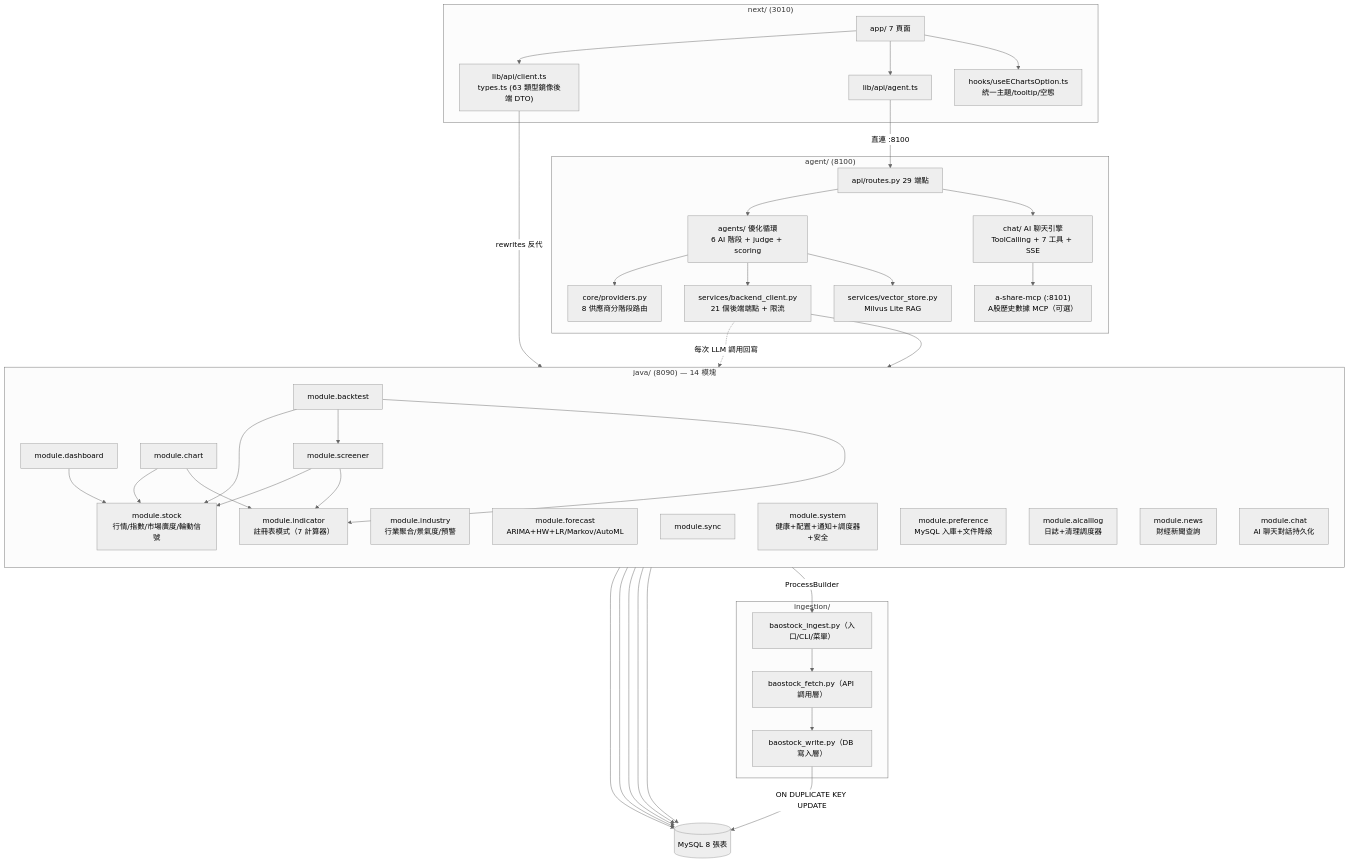
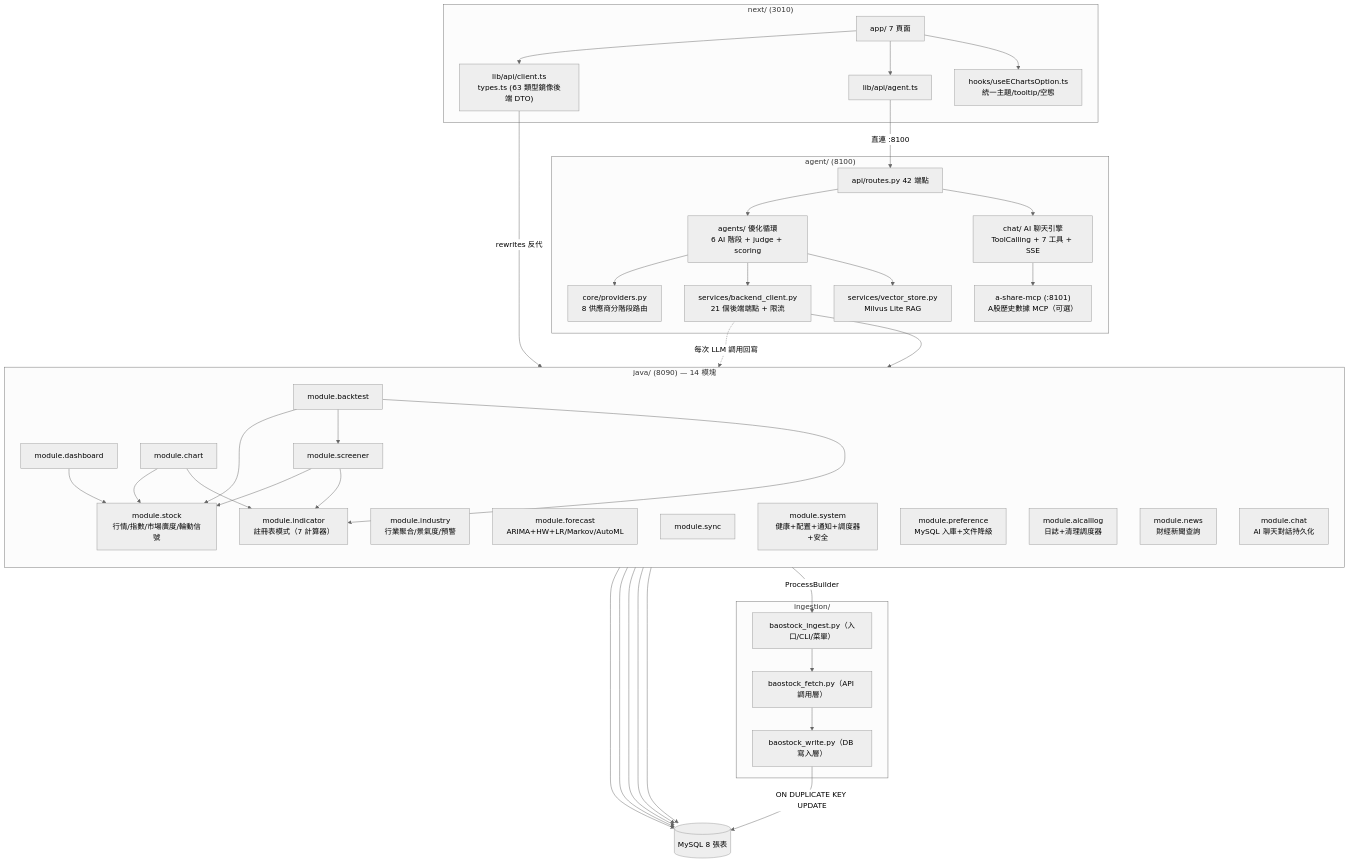
Before and after one commit to JackLiKa/TradingWorkstation: the second of 8 diagrams in docs/architecture.md, drawn with Mermaid (neutral theme). The commit also changed other lines of this file and 65 other files, not shown here.

````diff
--- a/docs/architecture.md
+++ b/docs/architecture.md
@@ -115,52 +115,52 @@
 ```mermaid
 flowchart TD
     subgraph NEXT["next/ (3010)"]
         pages["app/ 7 頁面"] --> apiclient["lib/api/client.ts<br/>types.ts (63 類型鏡像後端 DTO)"]
         pages --> agentapi["lib/api/agent.ts"]
         pages --> echarts["hooks/useEChartsOption.ts<br/>統一主題/tooltip/空態"]
     end
 
     subgraph JAVA["java/ (8090) — 14 模塊"]
         direction TB
         stock["module.stock<br/>行情/指數/市場廣度/輪動信號"]
         industry["module.industry<br/>行業聚合/景氣度/預警"]
         forecast["module.forecast<br/>ARIMA+HW+LR/Markov/AutoML"]
         indicator["module.indicator<br/>註冊表模式（7 計算器）"]
         dashboard["module.dashboard"] --> stock
         chart["module.chart"] --> stock & indicator
         screener["module.screener"] --> stock & indicator
         backtest["module.backtest"] --> stock & screener & indicator
         sync["module.sync"]
         system["module.system<br/>健康+配置+通知+調度器+安全"]
         pref["module.preference<br/>MySQL 入庫+文件降級"]
         ailog["module.aicalllog<br/>日誌+清理調度器"]
         news["module.news<br/>財經新聞查詢"]
         chat["module.chat<br/>AI 聊天對話持久化"]
     end
 
     subgraph AGENT["agent/ (8100)"]
-        routes["api/routes.py 29 端點"] --> loop["agents/ 優化循環<br/>6 AI 階段 + judge + scoring"]
+        routes["api/routes.py 42 端點"] --> loop["agents/ 優化循環<br/>6 AI 階段 + judge + scoring"]
         routes --> chatengine["chat/ AI 聊天引擎<br/>ToolCalling + 7 工具 + SSE"]
         loop --> providers["core/providers.py<br/>8 供應商分階段路由"]
         loop --> backendcli["services/backend_client.py<br/>21 個後端端點 + 限流"]
         loop --> vstore["services/vector_store.py<br/>Milvus Lite RAG"]
         chatengine --> ashare["a-share-mcp (:8101)<br/>A股歷史數據 MCP（可選）"]
     end
 
     subgraph ING["ingestion/"]
         fetch["baostock_fetch.py（API 調用層）"]
         write["baostock_write.py（DB 寫入層）"]
         entry["baostock_ingest.py（入口/CLI/菜單）"]
         entry --> fetch --> write
     end
 
     MYSQL[("MySQL 8 張表")]
 
     apiclient -->|rewrites 反代| JAVA
     agentapi -->|直連 :8100| routes
     backendcli --> JAVA
     backendcli -.每次 LLM 調用回寫.-> ailog
     stock & industry & backtest & pref & ailog --> MYSQL
     sync -->|ProcessBuilder| entry
     write -->|ON DUPLICATE KEY UPDATE| MYSQL
 ```
````
